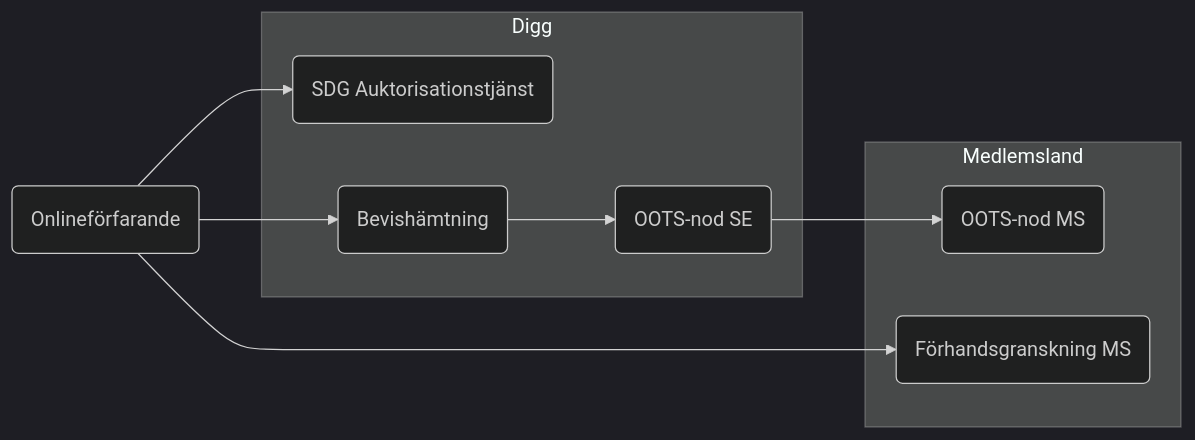
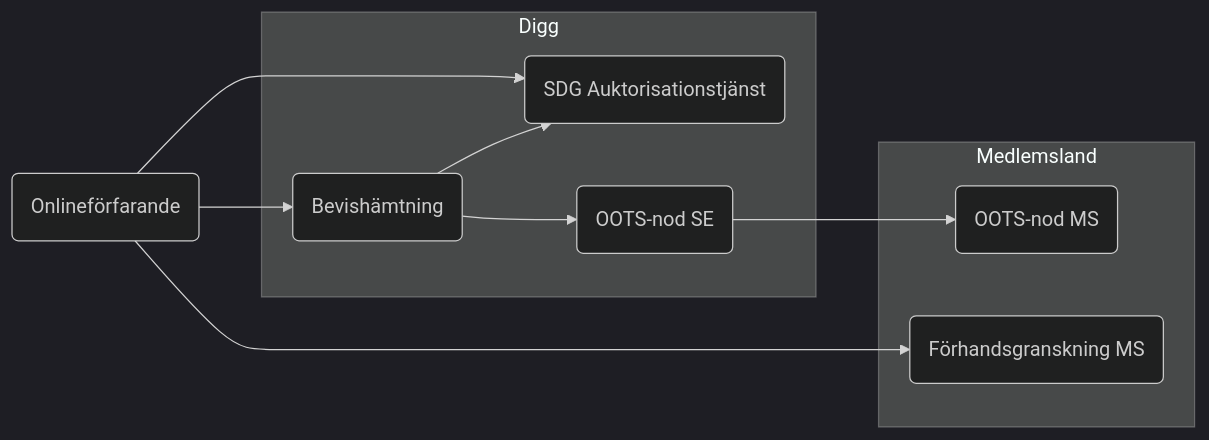
One commit to diggsweden/sdg-intermediation-eu changed the first of 2 diagrams in README.md. Above: the diagram before and after it, drawn with Mermaid (dark theme). The commit also changed other lines of this file, not shown here.

````diff
--- a/README.md
+++ b/README.md
@@ -8,18 +8,19 @@
 ```mermaid
 flowchart LR
     subgraph Medlemsland
         OMS(OOTS-nod MS)
         FG(Förhandsgranskning MS)
     end
     subgraph Digg
         AT(SDG Auktorisationstjänst)
         OSE(OOTS-nod SE)
         BH(Bevishämtning)
     end
             OLF(Onlineförfarande)-->AT
             OLF-->BH
             BH-->OSE
+            BH-->AT
             OSE-->OMS
             OLF-->FG
     
 ```
````
